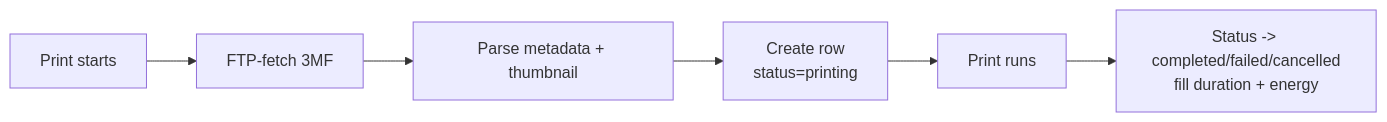
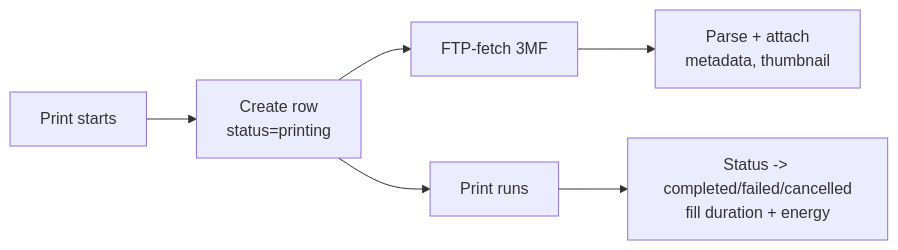
Before and after one commit to kainpl/docs.bamdude.top: the diagram in docs/features/archiving.md, drawn with Mermaid. The commit also changed other lines of this file and 5 other files, not shown here.

First line of the commit message:
docs(archive): the row is created at print start, the 3MF catches up

````diff
--- a/docs/features/archiving.md
+++ b/docs/features/archiving.md
@@ -16,8 +16,8 @@
 ```mermaid
 graph LR
-    A[Print starts] --> B[FTP-fetch 3MF]
-    B --> C[Parse metadata + thumbnail]
-    C --> D[Create row<br/>status=printing]
-    D --> E[Print runs]
+    A[Print starts] --> B[Create row<br/>status=printing]
+    B --> C[FTP-fetch 3MF]
+    C --> D[Parse + attach<br/>metadata, thumbnail]
+    B --> E[Print runs]
     E --> F[Status -> completed/failed/cancelled<br/>fill duration + energy]
 ```
````
